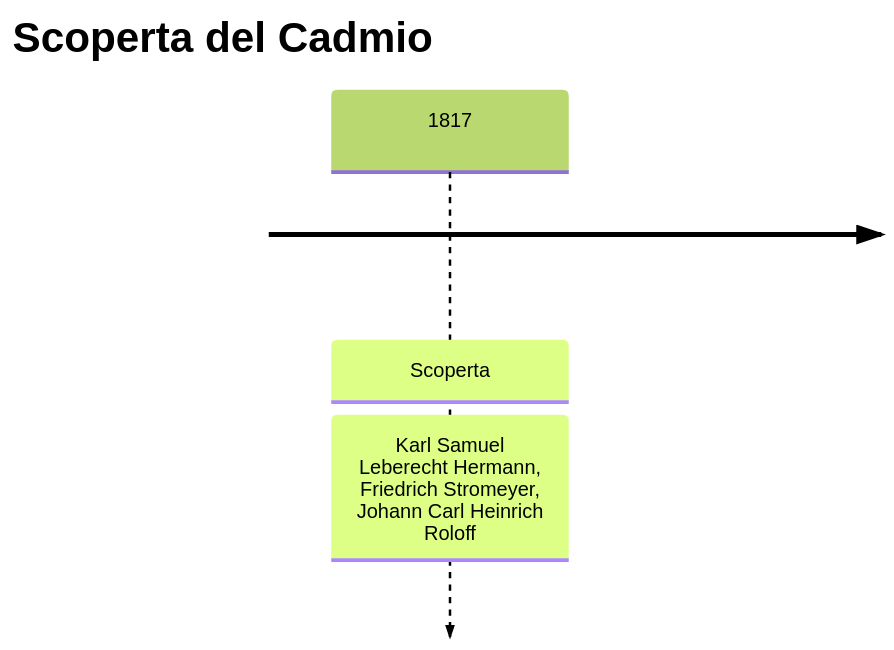
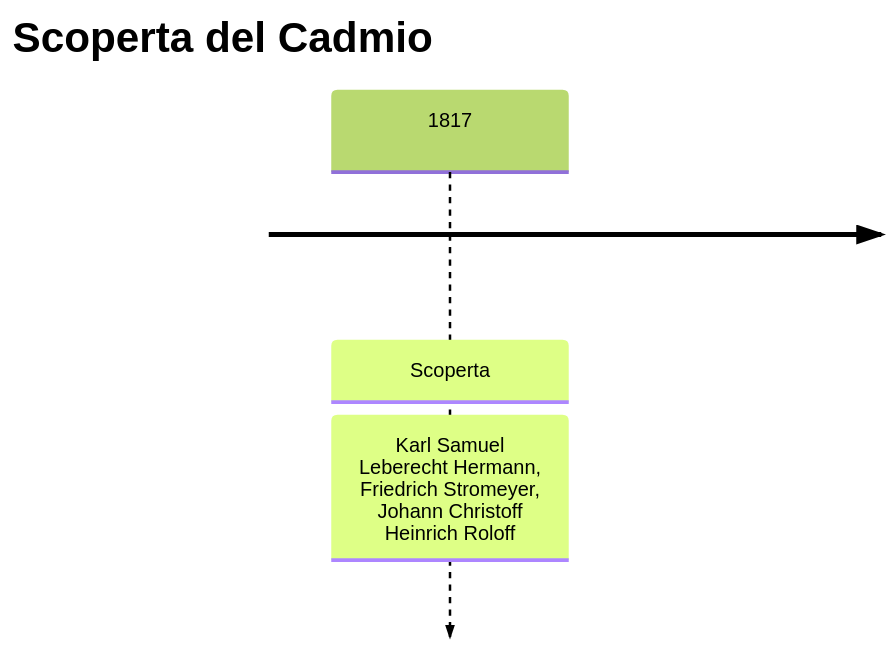
One commit to gianlucaciarcelluti/elements-caos changed the first of 3 diagrams in vault/Elementi/Cadmio.md. Above: the diagram before and after it, drawn with Mermaid (forest theme). The commit also changed other lines of this file and 56 other files, not shown here.

````diff
--- a/vault/Elementi/Cadmio.md
+++ b/vault/Elementi/Cadmio.md
@@ -28,5 +28,5 @@
 ```mermaid
 timeline
     title Scoperta del Cadmio
-    1817 : Scoperta : Karl Samuel Leberecht Hermann, Friedrich Stromeyer, Johann Carl Heinrich Roloff
+    1817 : Scoperta : Karl Samuel Leberecht Hermann, Friedrich Stromeyer, Johann Christoff Heinrich Roloff
 ```
````
